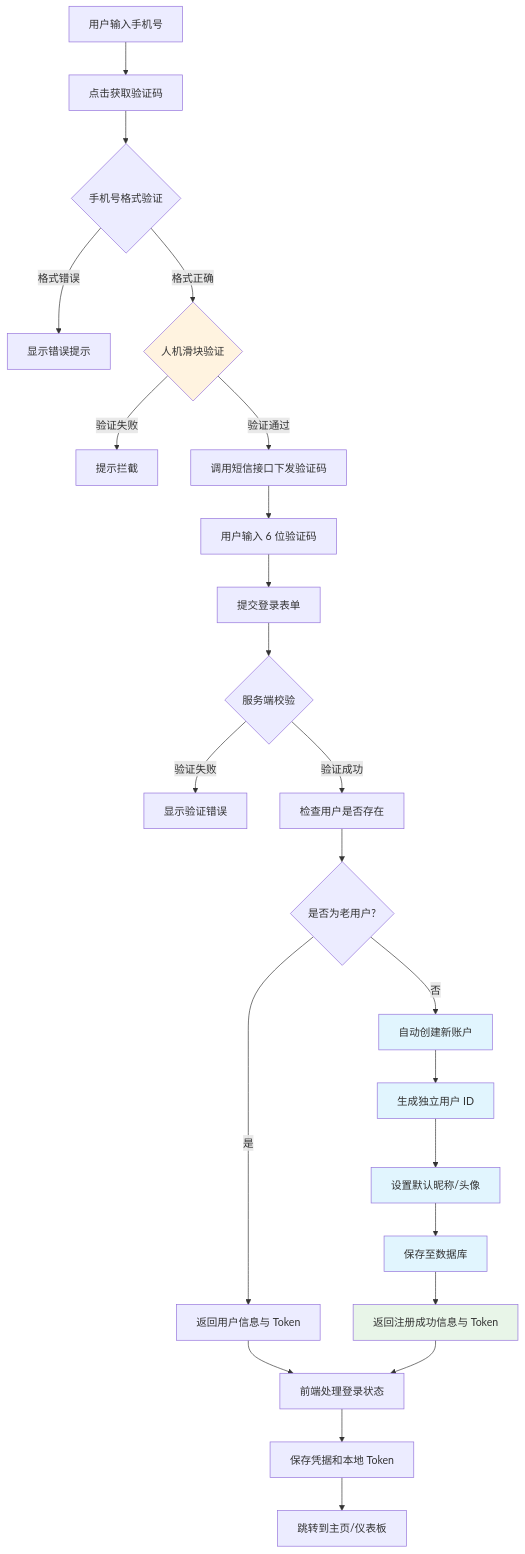
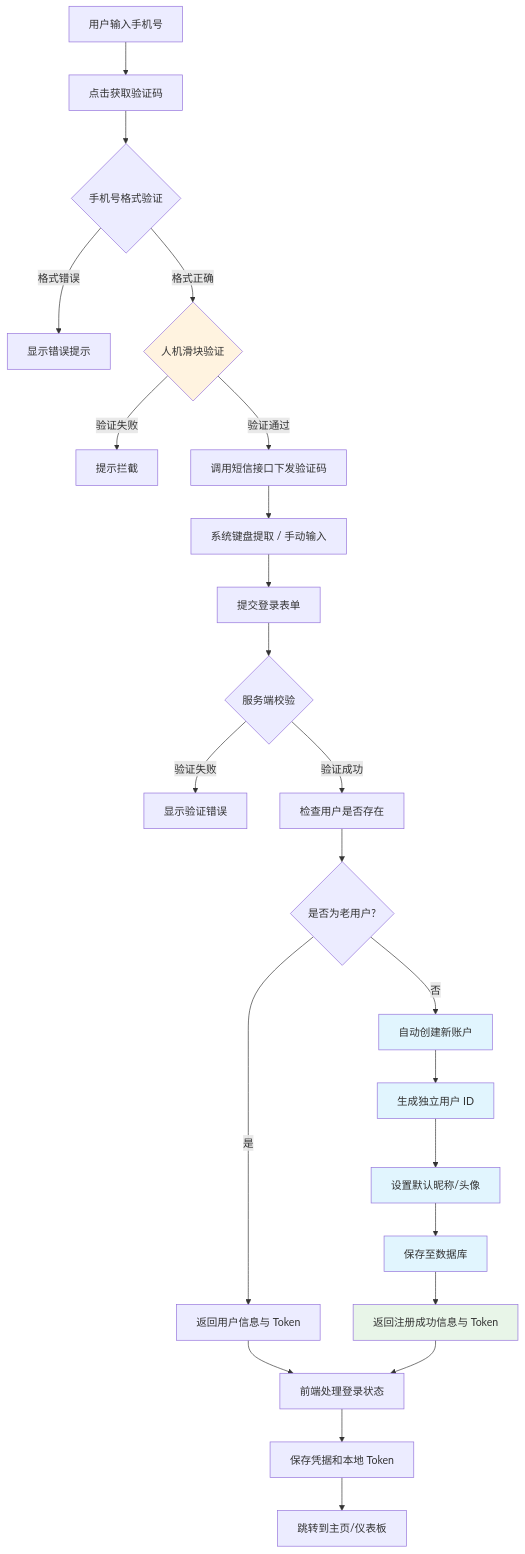
The diagram in docs/features/authentication/smscode/README.md (weihongyu12/web), drawn with Mermaid before and after one commit. The commit also changed other lines of this file and 1 other file, not shown here.

````diff
--- a/docs/features/authentication/smscode/README.md
+++ b/docs/features/authentication/smscode/README.md
@@ -38,38 +38,38 @@
 ```mermaid
 flowchart TD
     A[用户输入手机号] --> B[点击获取验证码]
     B --> C{手机号格式验证}
     C -->|格式错误| D[显示错误提示]
     C -->|格式正确| V{人机滑块验证}
     
     V -->|验证失败| D2[提示拦截]
     V -->|验证通过| E[调用短信接口下发验证码]
     
-    E --> F[用户输入 6 位验证码]
+    E --> F[系统键盘提取 / 手动输入]
     F --> G[提交登录表单]
     G --> H{服务端校验}
     H -->|验证失败| I[显示验证错误]
     H -->|验证成功| J[检查用户是否存在]
     
     J --> K{是否为老用户?}
     K -->|是| L[返回用户信息与 Token]
     K -->|否| M[自动创建新账户]
     
     M --> N[生成独立用户 ID]
     N --> O[设置默认昵称/头像]
     O --> S[保存至数据库]
     S --> T[返回注册成功信息与 Token]
     
     L --> U[前端处理登录状态]
     T --> U
     
     U --> AA[保存凭据和本地 Token]
     AA --> Z[跳转到主页/仪表板]
     
     style M fill:#e1f5fe
     style N fill:#e1f5fe
     style O fill:#e1f5fe
     style S fill:#e1f5fe
     style T fill:#e8f5e8
     style V fill:#fff3e0
 ```
````
